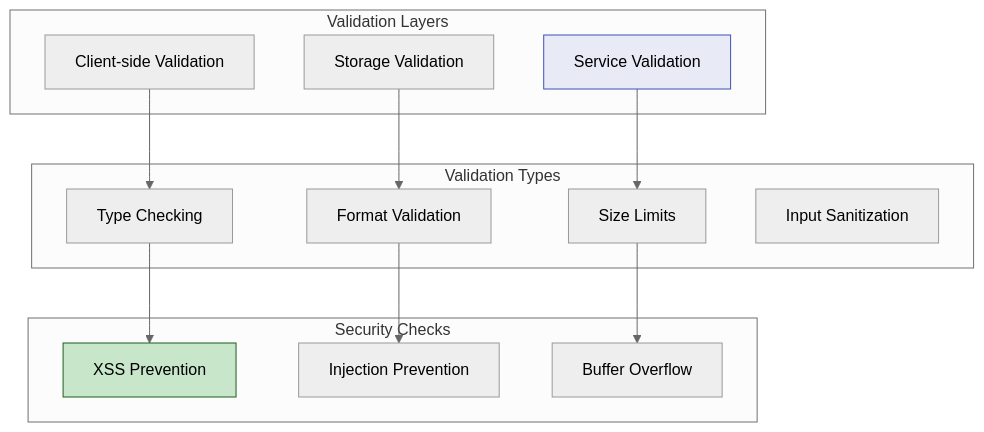
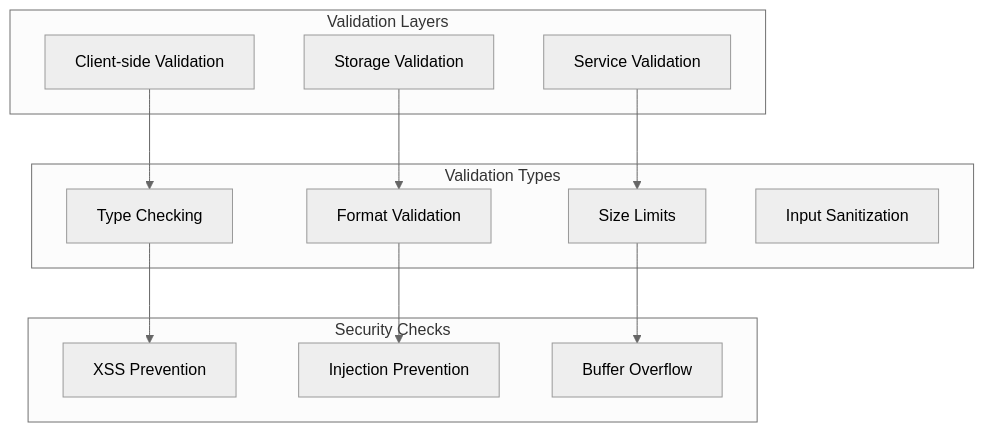
Before and after one commit to o2alexanderfedin/angular-cas-disot: the tenth of 14 diagrams in docs/architecture/security.md, drawn with Mermaid (neutral theme). The commit also changed other lines of this file and 18 other files, not shown here.

````diff
--- a/docs/architecture/security.md
+++ b/docs/architecture/security.md
@@ -316,32 +310,32 @@
 ```mermaid
 graph TD
     subgraph "Validation Layers"
         CLIENT[Client-side Validation]
         SERVICE[Service Validation]
         STORAGE[Storage Validation]
     end
     
     subgraph "Validation Types"
         TYPE[Type Checking]
         SIZE[Size Limits]
         FORMAT[Format Validation]
         SANITIZE[Input Sanitization]
     end
     
     subgraph "Security Checks"
         XSS_CHECK[XSS Prevention]
         INJECT_CHECK[Injection Prevention]
         OVERFLOW[Buffer Overflow]
     end
     
     CLIENT --> TYPE
     SERVICE --> SIZE
     STORAGE --> FORMAT
     
     TYPE --> XSS_CHECK
     FORMAT --> INJECT_CHECK
     SIZE --> OVERFLOW
     
-    style SERVICE fill:#e8eaf6,stroke:#3f51b5
-    style XSS_CHECK fill:#c8e6c9,stroke:#1b5e20
+    
+    
 ```
````
